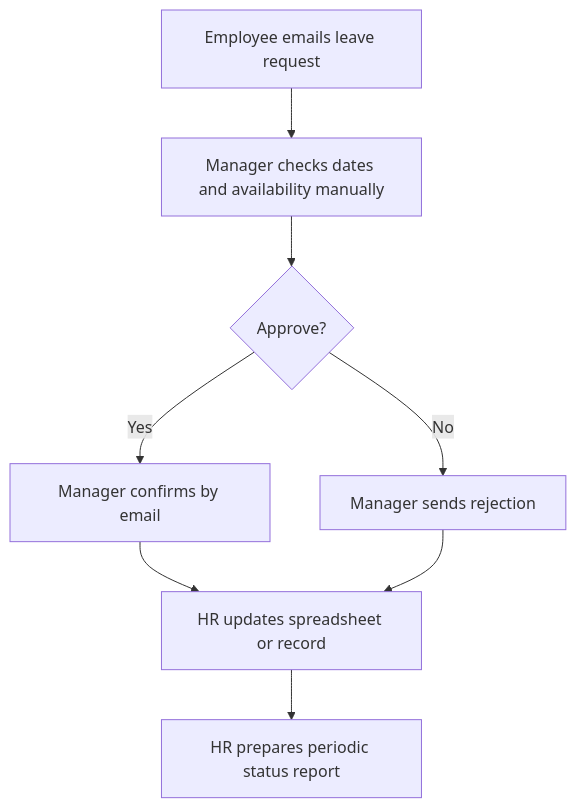
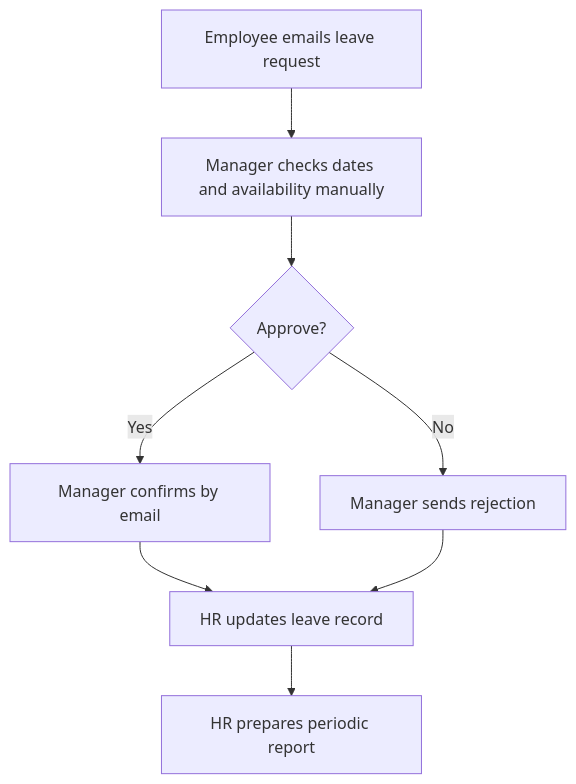
One commit to mahima-mehta-tech/mahima-mehta-portfolio changed the diagram in projects/employee-leave-management/business-analysis/PROCESS_MAPS.md. Above: the diagram before and after it, drawn with Mermaid. The commit also changed other lines of this file, not shown here.

Commit message:
Document employee leave process flows and business rules

````diff
--- a/projects/employee-leave-management/business-analysis/PROCESS_MAPS.md
+++ b/projects/employee-leave-management/business-analysis/PROCESS_MAPS.md
@@ -7,10 +9,10 @@
 ```mermaid
 flowchart TD
  A[Employee emails leave request] --> B[Manager checks dates and availability manually]
  B --> C{Approve?}
  C -->|Yes| D[Manager confirms by email]
  C -->|No| E[Manager sends rejection]
- D --> F[HR updates spreadsheet or record]
+ D --> F[HR updates leave record]
  E --> F
- F --> G[HR prepares periodic status report]
+ F --> G[HR prepares periodic report]
 ```
````
